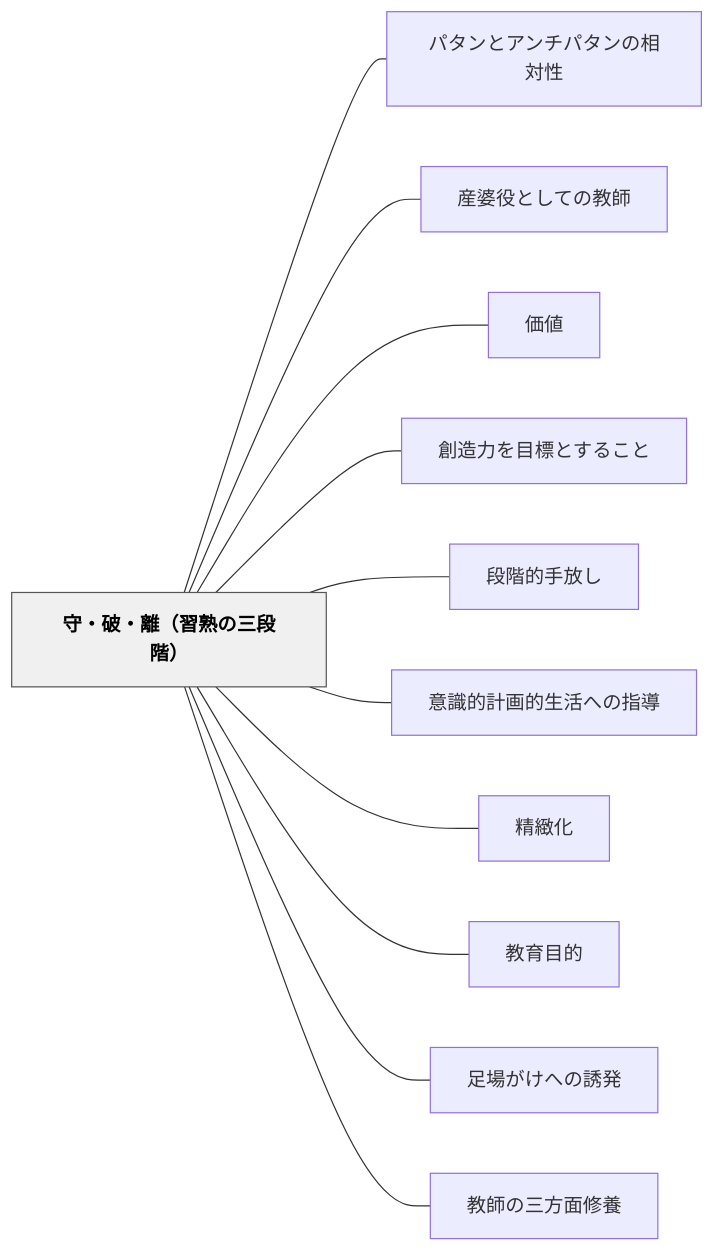
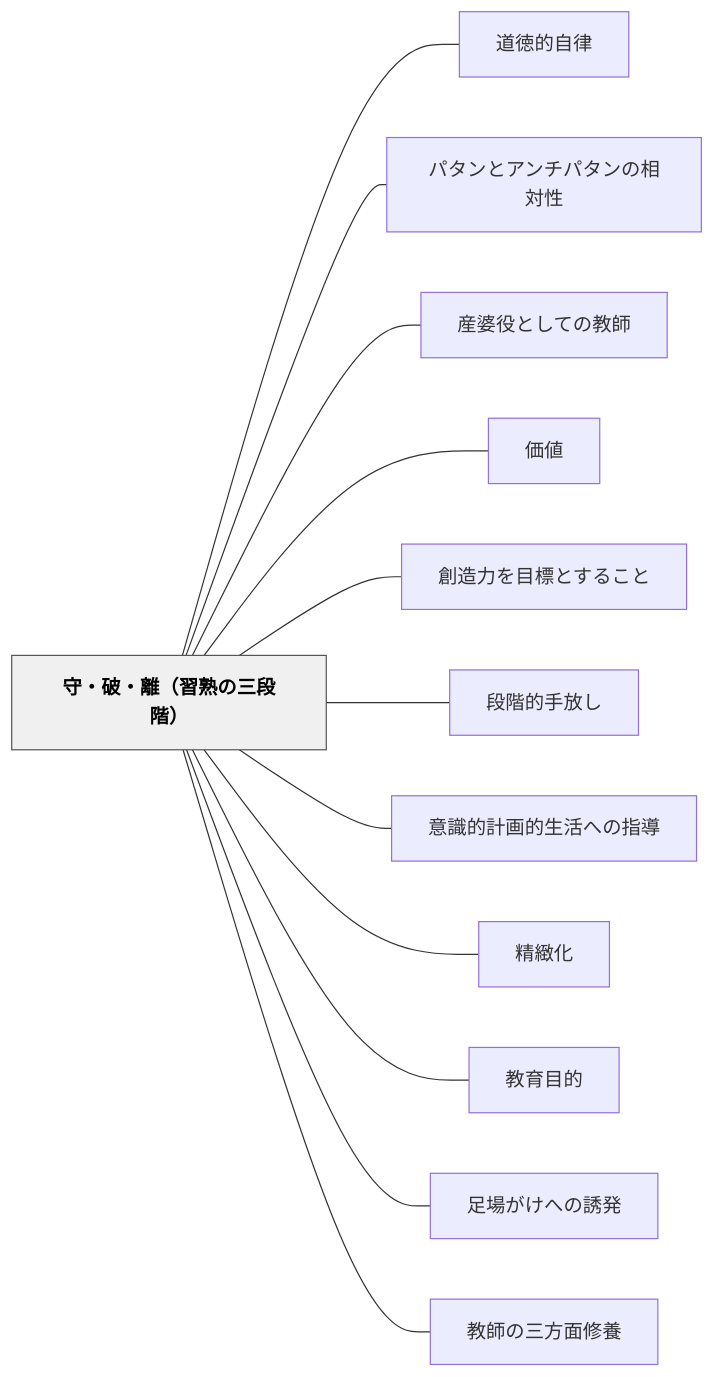
One commit to unknownthings-ed-patterns/unknownthings-ed-patterns changed the diagram in content/パタン/守・破・離（習熟の三段階）.md. Above: the diagram before and after it, drawn with Mermaid. The commit also changed other lines of this file and 12 other files, not shown here.

````diff
--- a/content/パタン/守・破・離（習熟の三段階）.md
+++ b/content/パタン/守・破・離（習熟の三段階）.md
@@ -163,28 +164,30 @@
 ```mermaid
 flowchart LR
     ne5ae88e383bbe7a0b4e383bbe99ba2efbc88e7bf92e7869fe381aee4b889e6aeb5e99a8eefbc89["守・破・離（習熟の三段階）"]
+    ne98193e5beb3e79a84e887aae5be8b["道徳的自律"]
     ne38391e382bfe383b3e381a8e382a2e383b3e38381e38391e382bfe383b3e381aee79bb8e5afbee680a7["パタンとアンチパタンの相対性"]
     ne794a3e5a986e5bdb9e381a8e38197e381a6e381aee69599e5b8ab["産婆役としての教師"]
     ne4bea1e580a4["価値"]
     ne589b5e980a0e58a9be38292e79baee6a899e381a8e38199e3828be38193e381a8["創造力を目標とすること"]
     ne6aeb5e99a8ee79a84e6898be694bee38197["段階的手放し"]
     ne6848fe8ad98e79a84e8a888e794bbe79a84e7949fe6b4bbe381b8e381aee68c87e5b08e["意識的計画的生活への指導"]
     ne7b2bee7b7bbe58c96["精緻化"]
     ne69599e882b2e79baee79a84["教育目的"]
     ne8b6b3e5a0b4e3818ce38191e381b8e381aee8aa98e799ba["足場がけへの誘発"]
     ne69599e5b8abe381aee4b889e696b9e99da2e4bfaee9a48a["教師の三方面修養"]
 
+    ne5ae88e383bbe7a0b4e383bbe99ba2efbc88e7bf92e7869fe381aee4b889e6aeb5e99a8eefbc89 --- ne98193e5beb3e79a84e887aae5be8b
     ne5ae88e383bbe7a0b4e383bbe99ba2efbc88e7bf92e7869fe381aee4b889e6aeb5e99a8eefbc89 --- ne38391e382bfe383b3e381a8e382a2e383b3e38381e38391e382bfe383b3e381aee79bb8e5afbee680a7
     ne5ae88e383bbe7a0b4e383bbe99ba2efbc88e7bf92e7869fe381aee4b889e6aeb5e99a8eefbc89 --- ne794a3e5a986e5bdb9e381a8e38197e381a6e381aee69599e5b8ab
     ne5ae88e383bbe7a0b4e383bbe99ba2efbc88e7bf92e7869fe381aee4b889e6aeb5e99a8eefbc89 --- ne4bea1e580a4
     ne5ae88e383bbe7a0b4e383bbe99ba2efbc88e7bf92e7869fe381aee4b889e6aeb5e99a8eefbc89 --- ne589b5e980a0e58a9be38292e79baee6a899e381a8e38199e3828be38193e381a8
     ne5ae88e383bbe7a0b4e383bbe99ba2efbc88e7bf92e7869fe381aee4b889e6aeb5e99a8eefbc89 --- ne6aeb5e99a8ee79a84e6898be694bee38197
     ne5ae88e383bbe7a0b4e383bbe99ba2efbc88e7bf92e7869fe381aee4b889e6aeb5e99a8eefbc89 --- ne6848fe8ad98e79a84e8a888e794bbe79a84e7949fe6b4bbe381b8e381aee68c87e5b08e
     ne5ae88e383bbe7a0b4e383bbe99ba2efbc88e7bf92e7869fe381aee4b889e6aeb5e99a8eefbc89 --- ne7b2bee7b7bbe58c96
     ne5ae88e383bbe7a0b4e383bbe99ba2efbc88e7bf92e7869fe381aee4b889e6aeb5e99a8eefbc89 --- ne69599e882b2e79baee79a84
     ne5ae88e383bbe7a0b4e383bbe99ba2efbc88e7bf92e7869fe381aee4b889e6aeb5e99a8eefbc89 --- ne8b6b3e5a0b4e3818ce38191e381b8e381aee8aa98e799ba
     ne5ae88e383bbe7a0b4e383bbe99ba2efbc88e7bf92e7869fe381aee4b889e6aeb5e99a8eefbc89 --- ne69599e5b8abe381aee4b889e696b9e99da2e4bfaee9a48a
 
     classDef hub fill:#f0f0f0,stroke:#555,color:#000,font-weight:bold
     class ne5ae88e383bbe7a0b4e383bbe99ba2efbc88e7bf92e7869fe381aee4b889e6aeb5e99a8eefbc89 hub
 ```
````
